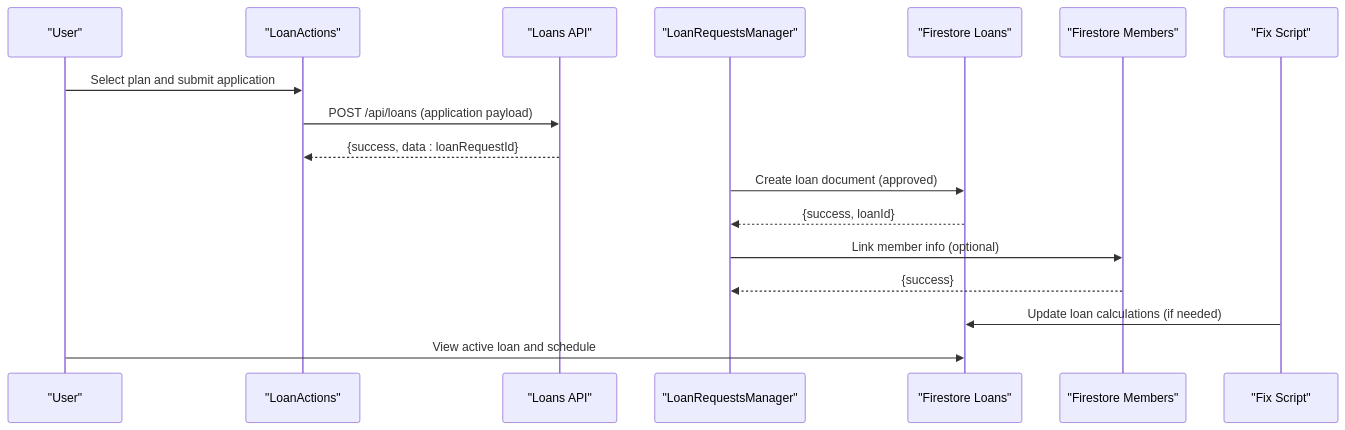
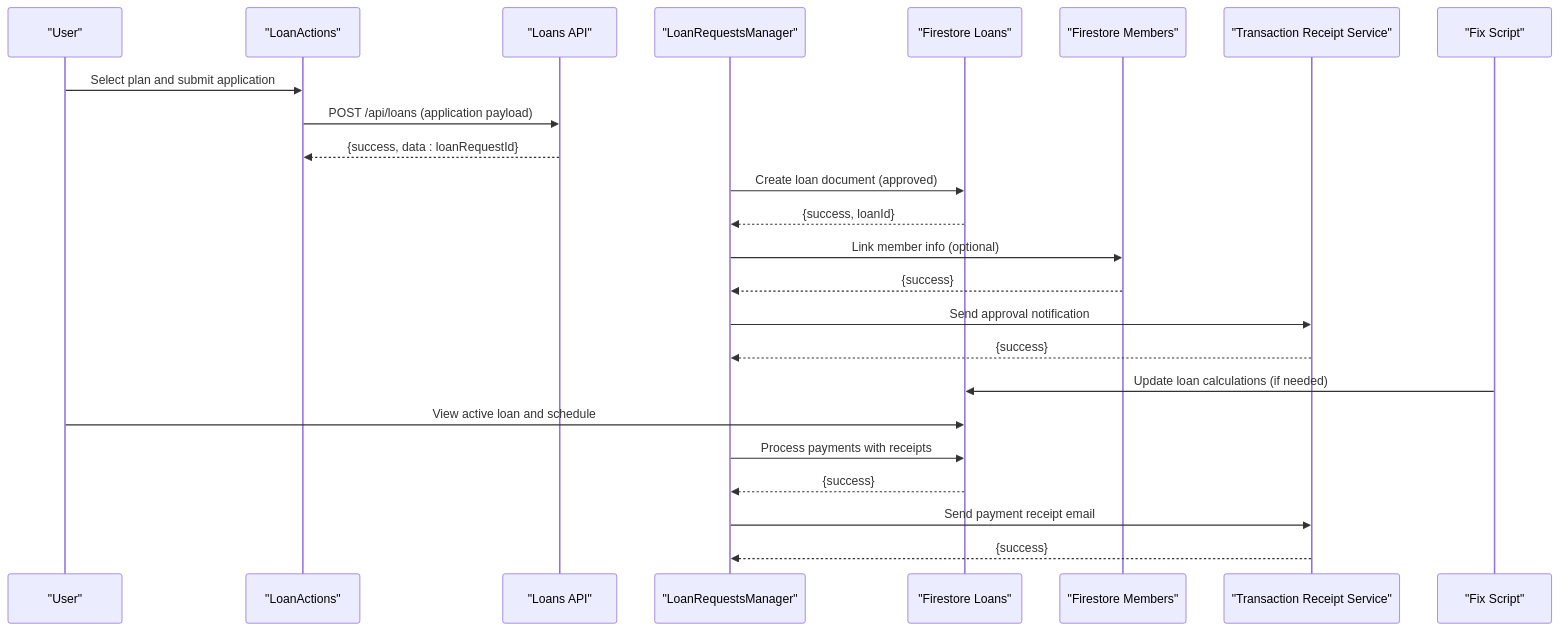
The second of 12 diagrams in .qoder/repowiki/en/content/API Endpoints Reference/Loan Management API.md (Unsure-bry/sampacoop_system), drawn with Mermaid before and after one commit. The commit also changed other lines of this file and 4 other files, not shown here.

````diff
--- a/.qoder/repowiki/en/content/API Endpoints Reference/Loan Management API.md
+++ b/.qoder/repowiki/en/content/API Endpoints Reference/Loan Management API.md
@@ -124,19 +132,26 @@
 ```mermaid
 sequenceDiagram
 participant User as "User"
 participant UI as "LoanActions"
 participant API as "Loans API"
 participant AdminUI as "LoanRequestsManager"
 participant LoanDoc as "Firestore Loans"
 participant MemberDoc as "Firestore Members"
+participant ReceiptService as "Transaction Receipt Service"
 participant FixScript as "Fix Script"
 User->>UI : Select plan and submit application
 UI->>API : POST /api/loans (application payload)
 API-->>UI : {success, data : loanRequestId}
 AdminUI->>LoanDoc : Create loan document (approved)
 LoanDoc-->>AdminUI : {success, loanId}
 AdminUI->>MemberDoc : Link member info (optional)
 MemberDoc-->>AdminUI : {success}
+AdminUI->>ReceiptService : Send approval notification
+ReceiptService-->>AdminUI : {success}
 FixScript->>LoanDoc : Update loan calculations (if needed)
 User->>LoanDoc : View active loan and schedule
+AdminUI->>LoanDoc : Process payments with receipts
+LoanDoc-->>AdminUI : {success}
+AdminUI->>ReceiptService : Send payment receipt email
+ReceiptService-->>AdminUI : {success}
 ```
````
